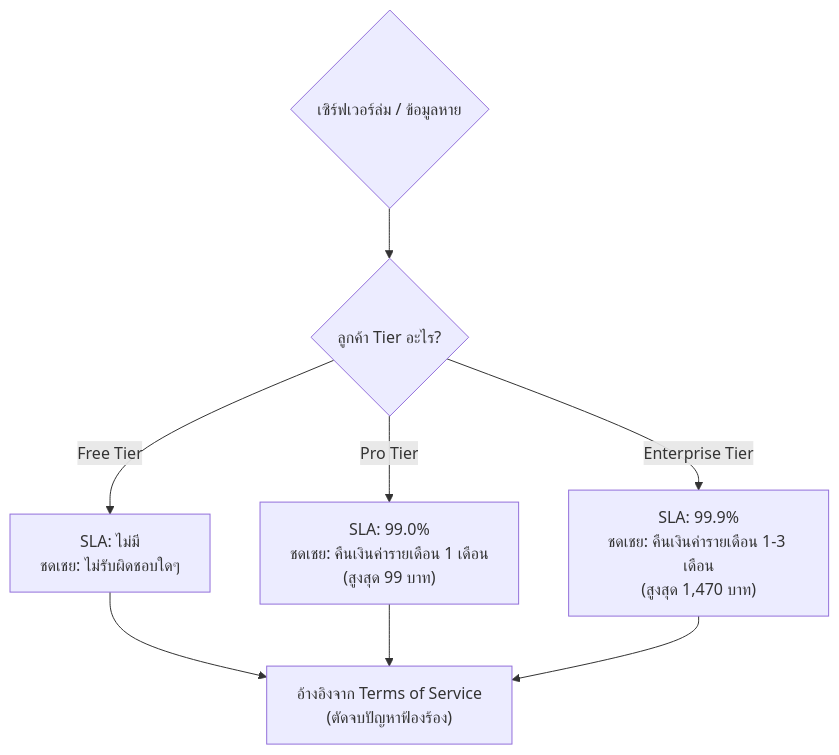
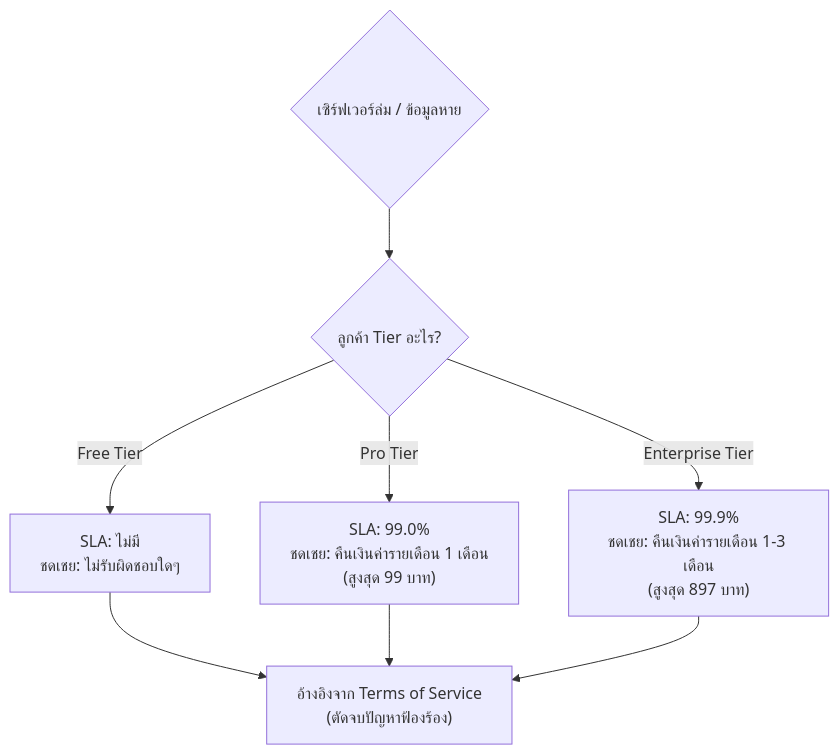
Before and after one commit to u65042380107/share: diagram 22 of 30 in BILLING_AND_TIERS_SYSTEM.md, drawn with Mermaid. The commit also changed other lines of this file, not shown here.

````diff
--- a/BILLING_AND_TIERS_SYSTEM.md
+++ b/BILLING_AND_TIERS_SYSTEM.md
@@ -1371,13 +1371,13 @@
 ```mermaid
 flowchart TD
     Start{"เซิร์ฟเวอร์ล่ม / ข้อมูลหาย"}
     Start --> Check{"ลูกค้า Tier อะไร?"}
     
     Check -->|Free Tier| T_Free["SLA: ไม่มี<br/>ชดเชย: ไม่รับผิดชอบใดๆ"]
     Check -->|Pro Tier| T_Pro["SLA: 99.0%<br/>ชดเชย: คืนเงินค่ารายเดือน 1 เดือน<br/>(สูงสุด 99 บาท)"]
-    Check -->|Enterprise Tier| T_Ent["SLA: 99.9%<br/>ชดเชย: คืนเงินค่ารายเดือน 1-3 เดือน<br/>(สูงสุด 1,470 บาท)"]
+    Check -->|Enterprise Tier| T_Ent["SLA: 99.9%<br/>ชดเชย: คืนเงินค่ารายเดือน 1-3 เดือน<br/>(สูงสุด 897 บาท)"]
     
     T_Free --> Legal["อ้างอิงจาก Terms of Service<br/>(ตัดจบปัญหาฟ้องร้อง)"]
     T_Pro --> Legal
     T_Ent --> Legal
 ```
````
